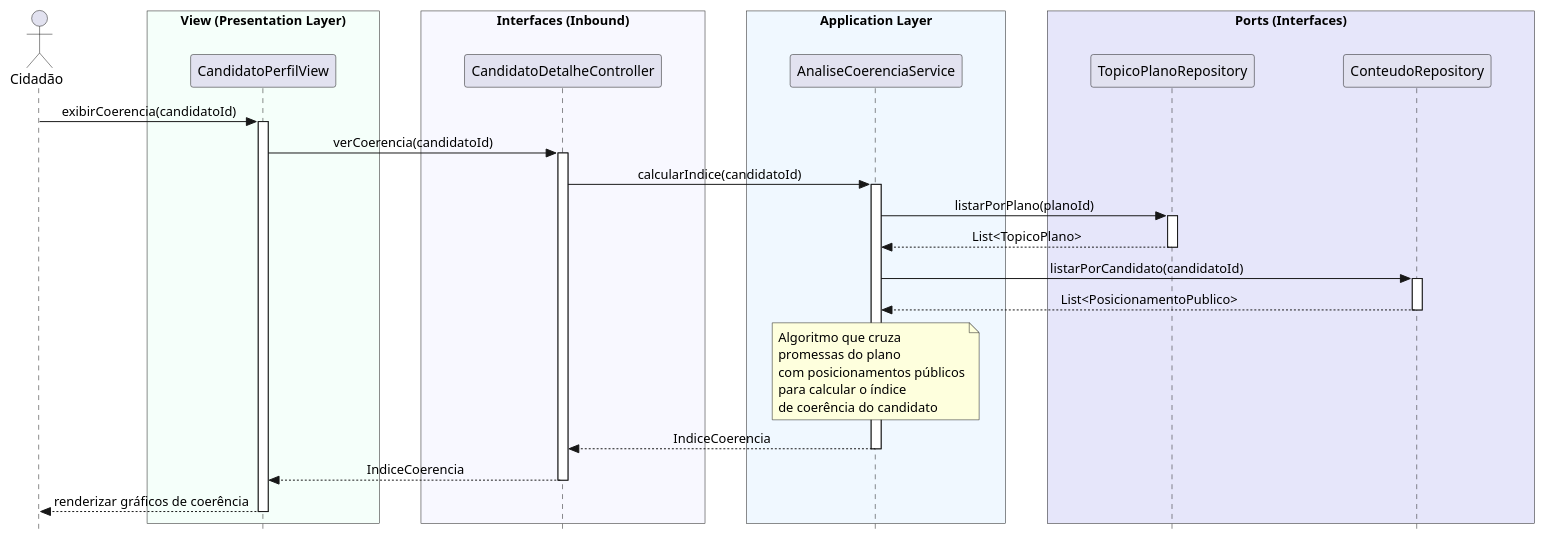
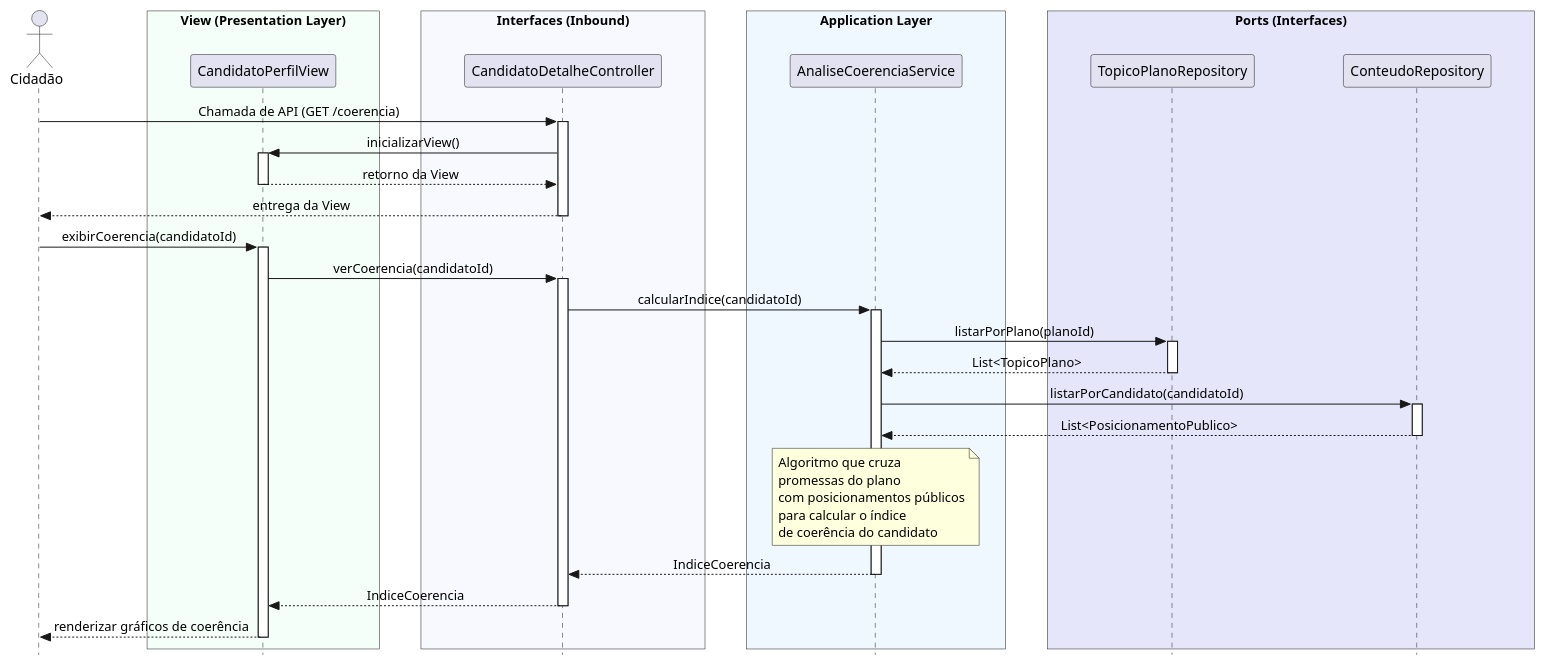
The diagram in sistema-java/docs/02 - Implementação/Diagramas_de_Squência_de_Sistema/UC2.md (gabrielfaravola/ProjetoEngenharia), drawn with PlantUML before and after one commit. The commit also changed other lines of this file, not shown here.

Commit message:
Revise UC2 sequence diagram and API call flow
Update sequence diagram and API interaction details.

````diff
--- a/sistema-java/docs/02 - Implementação/Diagramas_de_Squência_de_Sistema/UC2.md
+++ b/sistema-java/docs/02 - Implementação/Diagramas_de_Squência_de_Sistema/UC2.md
@@ -6,66 +6,78 @@
 ```plantuml
 @startuml
 skinparam style strictuml
 skinparam sequenceMessageAlign center
 skinparam ParticipantPadding 40
 skinparam ParticipantMinWidth 140
 skinparam BoxPadding 20
 
 actor "Cidadão" as User
 
 box "View (Presentation Layer)" #MintCream
 participant "CandidatoPerfilView" as View
 end box
 
 box "Interfaces (Inbound)" #GhostWhite
 participant "CandidatoDetalheController" as Ctrl
 end box
 
 box "Application Layer" #AliceBlue
 participant "AnaliseCoerenciaService" as Service
 end box
 
 box "Ports (Interfaces)" #Lavender
 participant "TopicoPlanoRepository" as RepoTopico
 participant "ConteudoRepository" as RepoConteudo
 end box
 
+' --- INTERAÇÃO INICIAL DE ACESSO (CHAMADA DE API) ---
+User -> Ctrl : Chamada de API (GET /coerencia)
+activate Ctrl
 
+Ctrl -> View : inicializarView()
+activate View
+View --> Ctrl : retorno da View
+deactivate View
+
+Ctrl --> User : entrega da View
+deactivate Ctrl
+
+' --- FLUXO ORIGINAL DE PROCESSAMENTO ---
 User -> View : exibirCoerencia(candidatoId)
 activate View
 
 View -> Ctrl : verCoerencia(candidatoId)
 activate Ctrl
 
 Ctrl -> Service : calcularIndice(candidatoId)
 activate Service
 
 Service -> RepoTopico : listarPorPlano(planoId)
 activate RepoTopico
 RepoTopico --> Service : List<TopicoPlano>
 deactivate RepoTopico
 
 Service -> RepoConteudo : listarPorCandidato(candidatoId)
 activate RepoConteudo
 RepoConteudo --> Service : List<PosicionamentoPublico>
 deactivate RepoConteudo
 
 note over Service
 Algoritmo que cruza
 promessas do plano
 com posicionamentos públicos
 para calcular o índice
 de coerência do candidato
 end note
 
 Service --> Ctrl : IndiceCoerencia
 deactivate Service
 
 Ctrl --> View : IndiceCoerencia
 deactivate Ctrl
 
 View --> User : renderizar gráficos de coerência
 deactivate View
 
 @enduml
 ```
````
